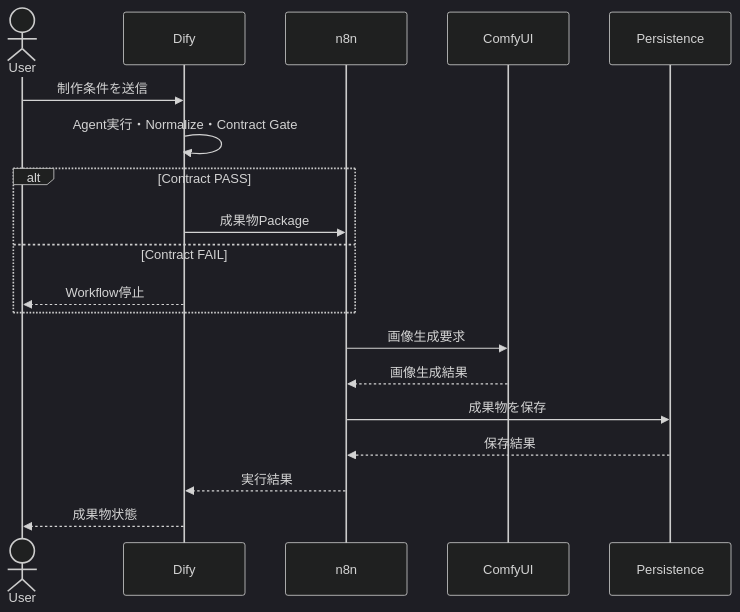
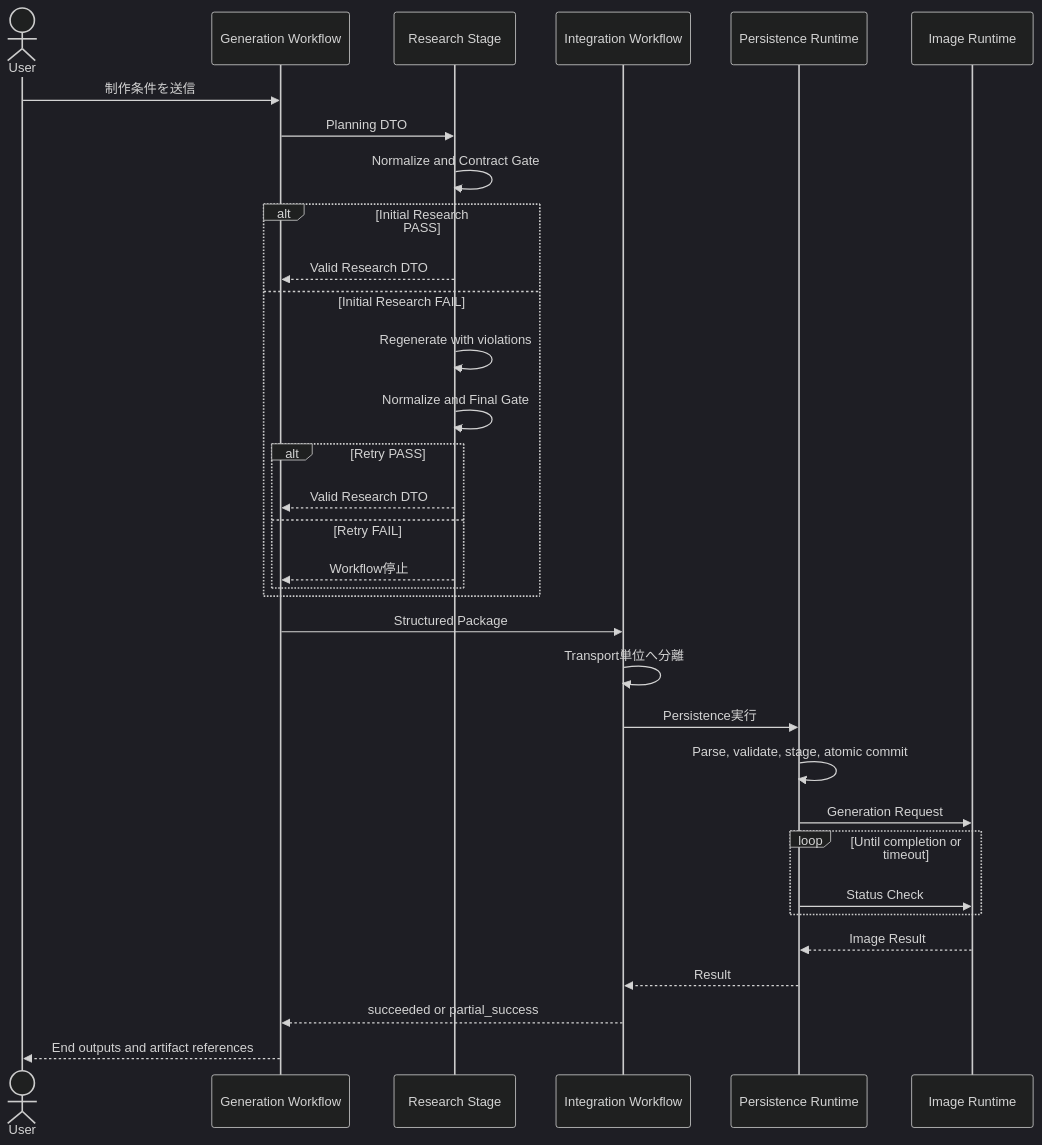
One commit to fctaityo/fctaityo.github.io changed diagram 11 of 11 in docs/public/architecture-public.md. Above: the diagram before and after it, drawn with Mermaid (dark theme). The commit also changed other lines of this file, not shown here.

````diff
--- a/docs/public/architecture-public.md
+++ b/docs/public/architecture-public.md
@@ -288,21 +329,40 @@
 ```mermaid
 sequenceDiagram
   actor User
-  participant Dify
-  participant n8n
-  participant ComfyUI
-  participant Persistence
-  User->>Dify: 制作条件を送信
-  Dify->>Dify: Agent実行・Normalize・Contract Gate
-  alt Contract PASS
-    Dify->>n8n: 成果物Package
-  else Contract FAIL
-    Dify-->>User: Workflow停止
+  participant Workflow as Generation Workflow
+  participant Research as Research Stage
+  participant Integration as Integration Workflow
+  participant Runtime as Persistence Runtime
+  participant Image as Image Runtime
+
+  User->>Workflow: 制作条件を送信
+  Workflow->>Research: Planning DTO
+  Research->>Research: Normalize and Contract Gate
+
+  alt Initial Research PASS
+    Research-->>Workflow: Valid Research DTO
+  else Initial Research FAIL
+    Research->>Research: Regenerate with violations
+    Research->>Research: Normalize and Final Gate
+    alt Retry PASS
+      Research-->>Workflow: Valid Research DTO
+    else Retry FAIL
+      Research-->>Workflow: Workflow停止
+    end
   end
-  n8n->>ComfyUI: 画像生成要求
-  ComfyUI-->>n8n: 画像生成結果
-  n8n->>Persistence: 成果物を保存
-  Persistence-->>n8n: 保存結果
-  n8n-->>Dify: 実行結果
-  Dify-->>User: 成果物状態
+
+  Workflow->>Integration: Structured Package
+  Integration->>Integration: Transport単位へ分離
+  Integration->>Runtime: Persistence実行
+  Runtime->>Runtime: Parse, validate, stage, atomic commit
+  Runtime->>Image: Generation Request
+
+  loop Until completion or timeout
+    Runtime->>Image: Status Check
+  end
+
+  Image-->>Runtime: Image Result
+  Runtime-->>Integration: Result
+  Integration-->>Workflow: succeeded or partial_success
+  Workflow-->>User: End outputs and artifact references
 ```
````
